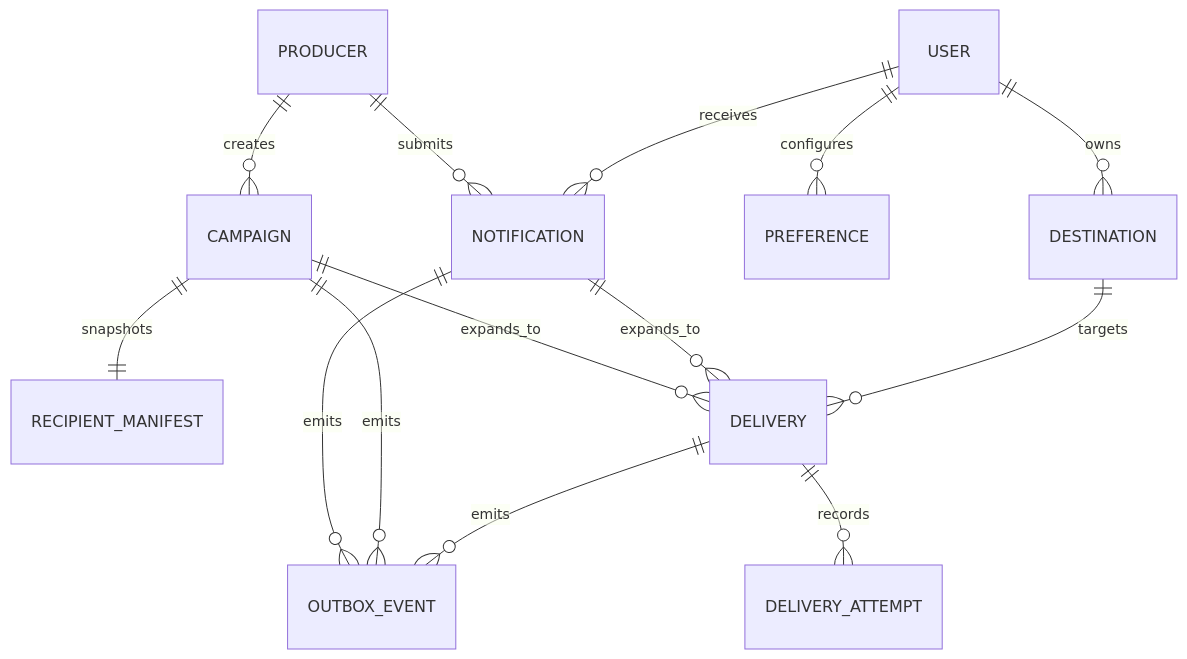
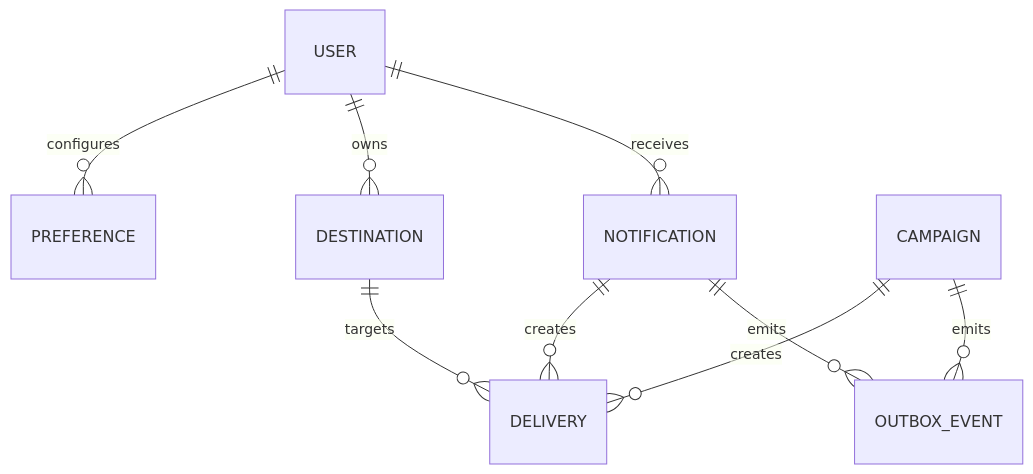
The first of 4 diagrams in notification_system_design.md (ying8020/SD), drawn with Mermaid before and after one commit. The commit also changed other lines of this file, not shown here.

Commit message:
Condense notification system interview guide

````diff
--- a/notification_system_design.md
+++ b/notification_system_design.md
@@ -110,16 +82,11 @@
 ```mermaid
 erDiagram
-    PRODUCER ||--o{ NOTIFICATION : submits
-    PRODUCER ||--o{ CAMPAIGN : creates
-    USER ||--o{ NOTIFICATION : receives
     USER ||--o{ PREFERENCE : configures
     USER ||--o{ DESTINATION : owns
-    CAMPAIGN ||--|| RECIPIENT_MANIFEST : snapshots
-    CAMPAIGN ||--o{ DELIVERY : expands_to
-    NOTIFICATION ||--o{ DELIVERY : expands_to
+    USER ||--o{ NOTIFICATION : receives
+    NOTIFICATION ||--o{ DELIVERY : creates
+    CAMPAIGN ||--o{ DELIVERY : creates
     DESTINATION ||--o{ DELIVERY : targets
-    DELIVERY ||--o{ DELIVERY_ATTEMPT : records
     NOTIFICATION ||--o{ OUTBOX_EVENT : emits
     CAMPAIGN ||--o{ OUTBOX_EVENT : emits
-    DELIVERY ||--o{ OUTBOX_EVENT : emits
 ```
````
